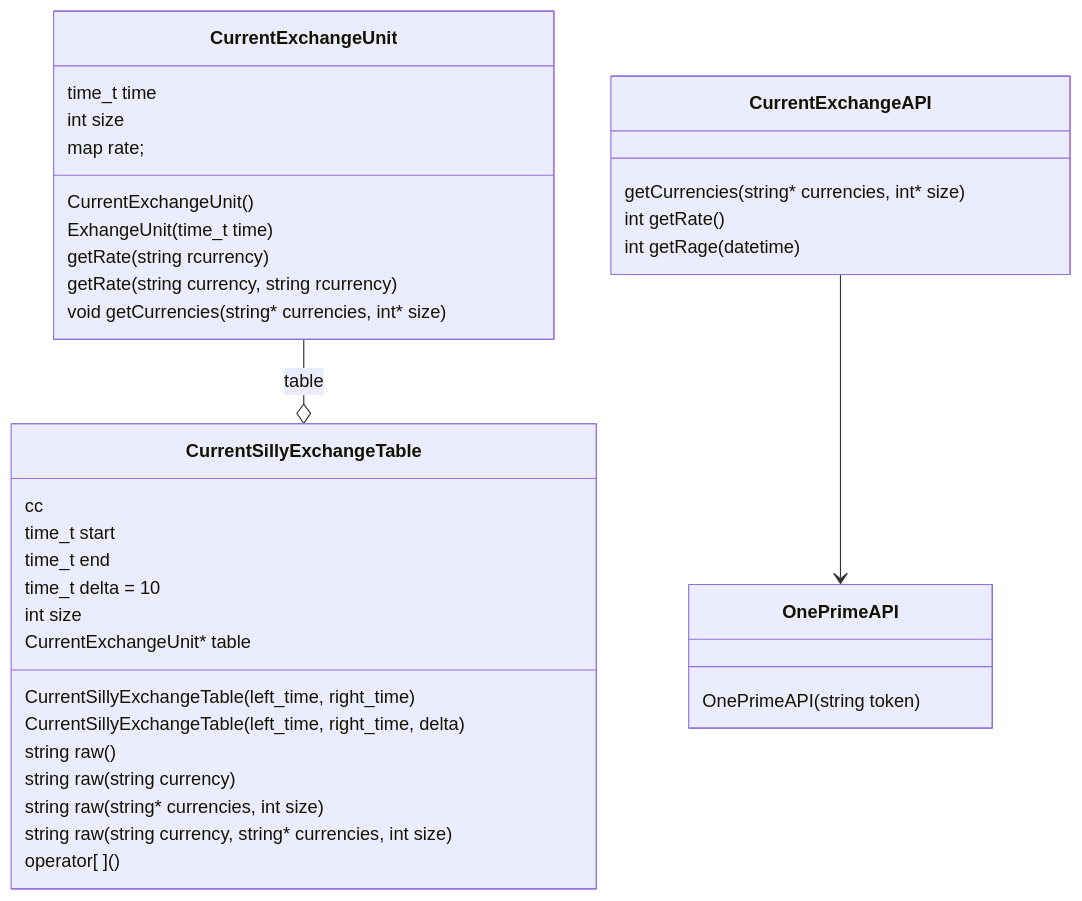
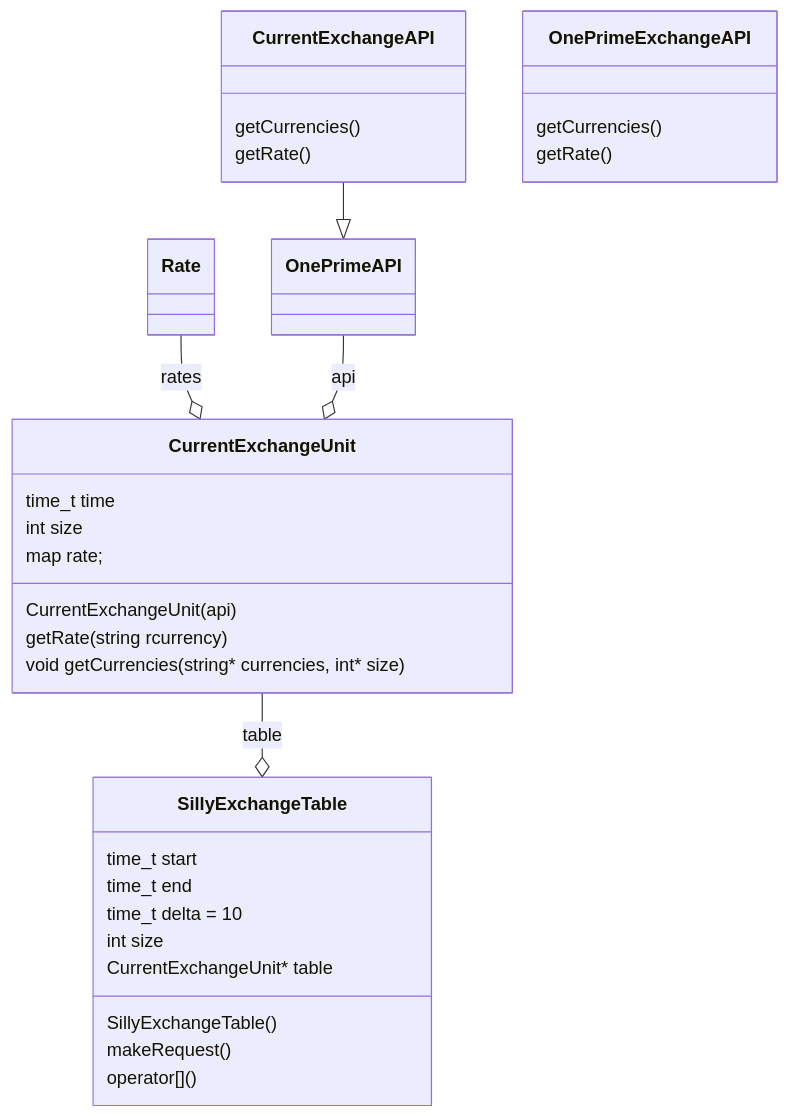
The diagram in README.md (valyankilyan/Exchange-rate), drawn with Mermaid before and after one commit. The commit also changed other lines of this file, not shown here.

````diff
--- a/README.md
+++ b/README.md
@@ -40,50 +40,47 @@
 ``` mermaid
     classDiagram
+
+    class CurrentExchangeAPI {
+        getCurrencies()
+        getRate()
+    }
+
+    class OnePrimeExchangeAPI {
+        getCurrencies()
+        getRate()
+    }
+
     class  CurrentExchangeUnit {
-        CurrentExchangeUnit()
-        ExhangeUnit(time_t time)
+        CurrentExchangeUnit(api)
 
         getRate(string rcurrency)
-        getRate(string currency, string rcurrency)
 
         void getCurrencies(string* currencies, int* size)
 
         time_t time
         int size
         map <string, int> rate;
     }
 
-    class CurrentSillyExchangeTable {
-        CurrentSillyExchangeTable(left_time, right_time)
-        CurrentSillyExchangeTable(left_time, right_time, delta)
-
-        string raw()
-        string raw(string currency)
-        string raw(string* currencies, int size)
-        string raw(string currency, string* currencies, int size)
-        cc
-
-        operator[ ]()
+    class SillyExchangeTable {
+        SillyExchangeTable()
+        makeRequest()
+        operator[]()
 
         time_t start
         time_t end
         time_t delta = 10
         int size
         CurrentExchangeUnit* table
     }
 
-    class CurrentExchangeAPI {
-        getCurrencies(string* currencies, int* size)
-        int getRate()
-        int getRage(datetime)
+    class OnePrimeAPI {
+        
     }
 
-    class OnePrimeAPI {
-        OnePrimeAPI(string token)
-    }
-
-    CurrentExchangeAPI --> OnePrimeAPI
+    CurrentExchangeAPI --|> OnePrimeAPI
     
-
-    CurrentExchangeUnit --o CurrentSillyExchangeTable : table
+    Rate --o CurrentExchangeUnit : rates
+    CurrentExchangeUnit --o SillyExchangeTable : table
+    OnePrimeAPI --o CurrentExchangeUnit : api
 ```
````
